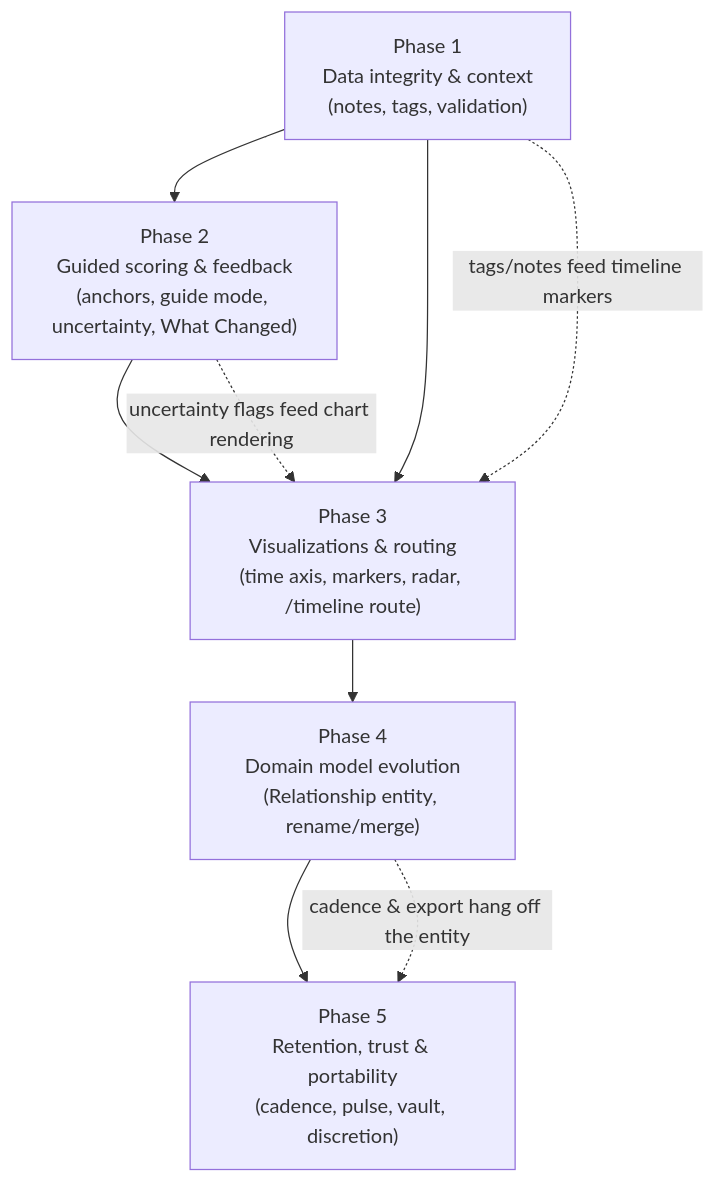
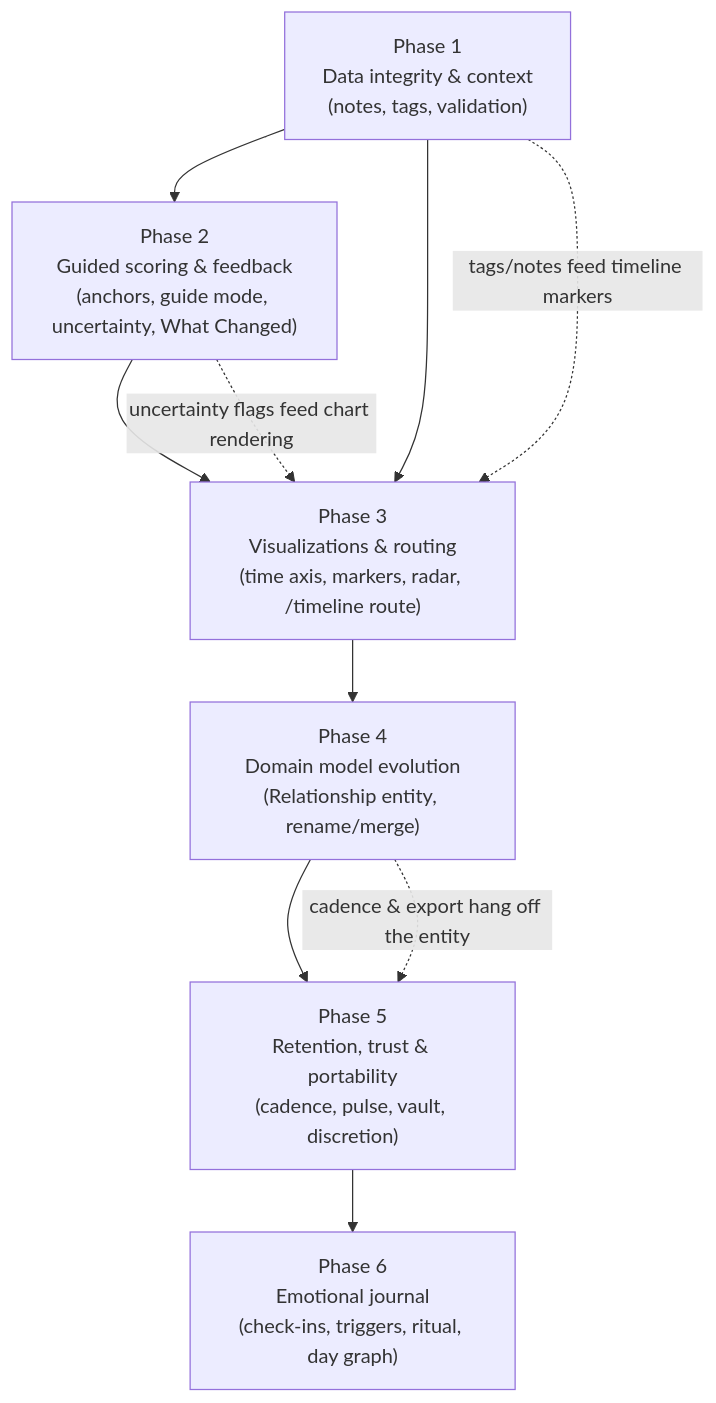
Before and after one commit to SirGrandmasterr/AlexithymiaLoveQuantifier: the diagram in product_vision/README.md, drawn with Mermaid. The commit also changed other lines of this file and 55 other files, not shown here.

````diff
--- a/product_vision/README.md
+++ b/product_vision/README.md
@@ -26,18 +33,20 @@
 ```mermaid
 graph TD
     P1["Phase 1<br/>Data integrity & context<br/>(notes, tags, validation)"]
     P2["Phase 2<br/>Guided scoring & feedback<br/>(anchors, guide mode, uncertainty, What Changed)"]
     P3["Phase 3<br/>Visualizations & routing<br/>(time axis, markers, radar, /timeline route)"]
     P4["Phase 4<br/>Domain model evolution<br/>(Relationship entity, rename/merge)"]
     P5["Phase 5<br/>Retention, trust & portability<br/>(cadence, pulse, vault, discretion)"]
+    P6["Phase 6<br/>Emotional journal<br/>(check-ins, triggers, ritual, day graph)"]
 
     P1 --> P2
     P1 --> P3
     P2 --> P3
     P3 --> P4
     P4 --> P5
+    P5 --> P6
 
     P1 -. "tags/notes feed timeline markers" .-> P3
     P2 -. "uncertainty flags feed chart rendering" .-> P3
     P4 -. "cadence & export hang off the entity" .-> P5
 ```
````
